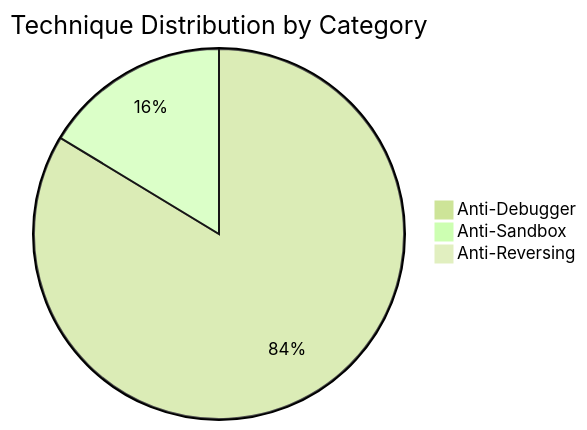
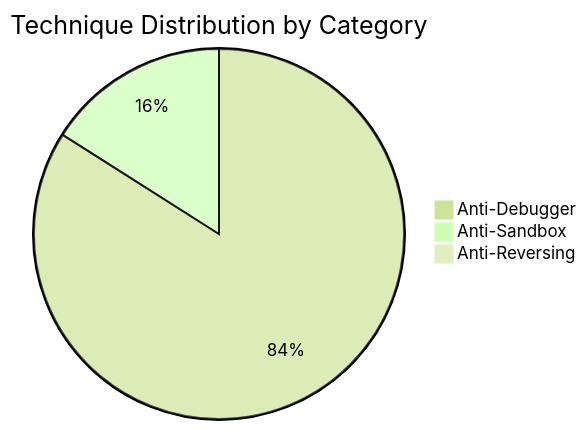
One commit to mabj/anti changed the second of 8 diagrams in docs/diagrams/taxonomy.md. Above: the diagram before and after it, drawn with Mermaid (forest theme). The commit also changed other lines of this file and 8 other files, not shown here.

````diff
--- a/docs/diagrams/taxonomy.md
+++ b/docs/diagrams/taxonomy.md
@@ -34,6 +34,6 @@
 ```mermaid
 pie title Technique Distribution by Category
-    "Anti-Debugger" : 41
+    "Anti-Debugger" : 42
     "Anti-Sandbox" : 8
     "Anti-Reversing" : 0
 ```
````
